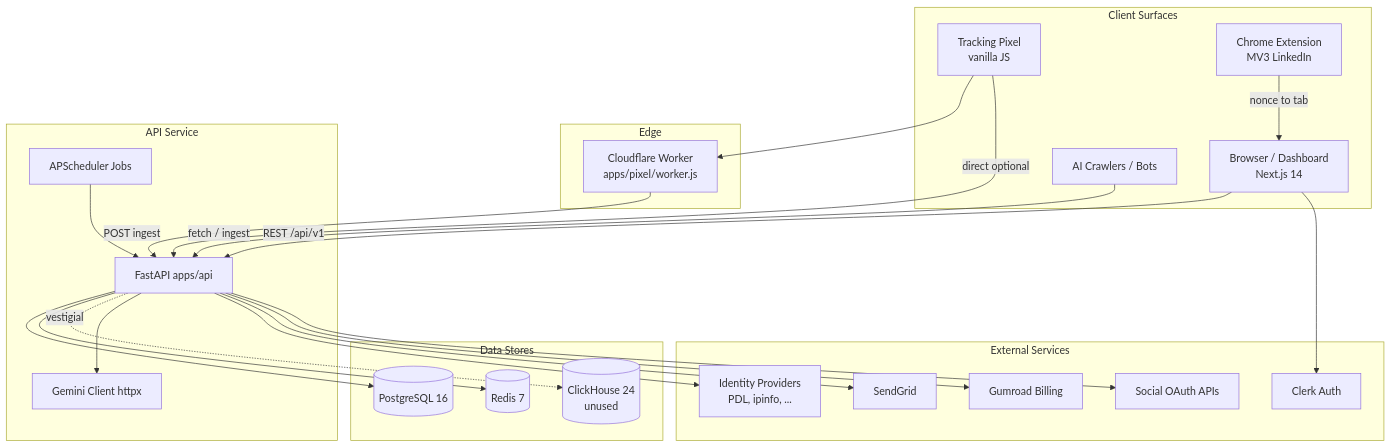
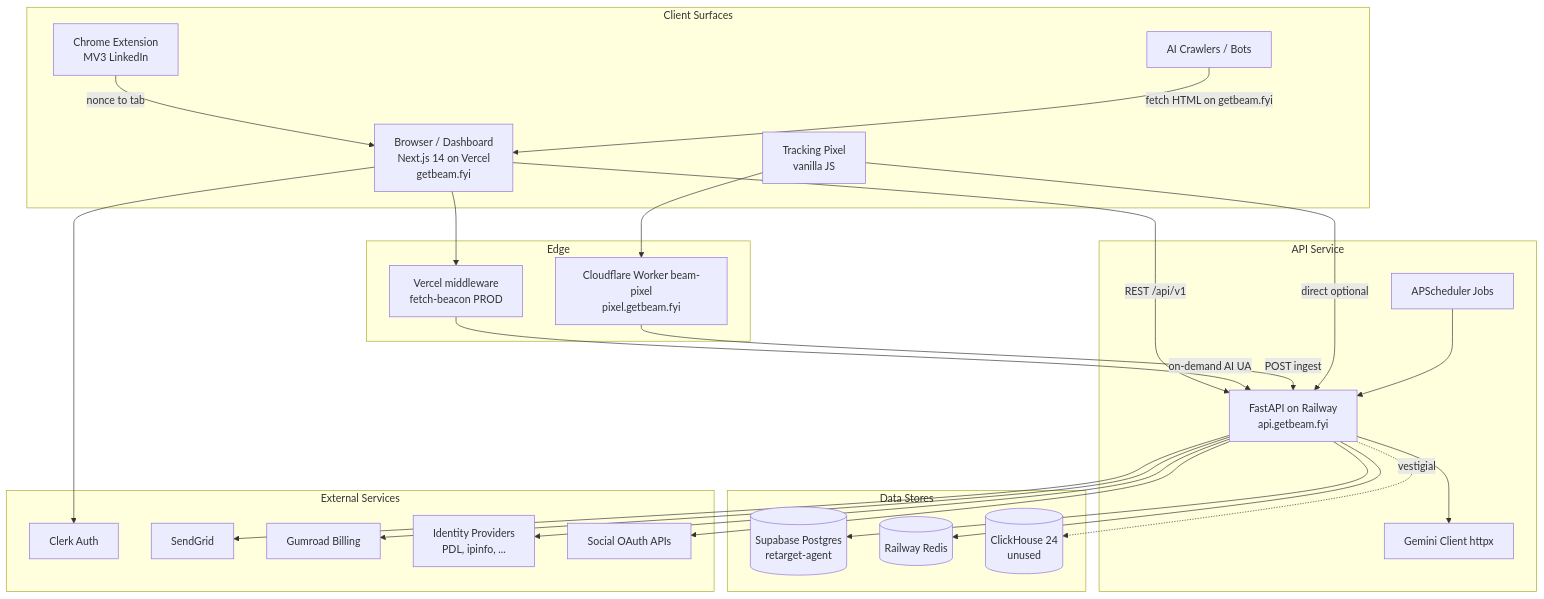
The first of 5 diagrams in docs/system-architecture.md (julleycode/get-beam), drawn with Mermaid before and after one commit. The commit also changed other lines of this file and 9 other files, not shown here.

````diff
--- a/docs/system-architecture.md
+++ b/docs/system-architecture.md
@@ -13,51 +15,54 @@
 ```mermaid
 flowchart TB
   subgraph client [Client Surfaces]
-    WEB[Browser / Dashboard<br/>Next.js 14]
+    WEB[Browser / Dashboard<br/>Next.js 14 on Vercel<br/>getbeam.fyi]
     PIXEL[Tracking Pixel<br/>vanilla JS]
     EXT[Chrome Extension<br/>MV3 LinkedIn]
     AGENTS[AI Crawlers / Bots]
   end
 
   subgraph edge [Edge]
-    CF[Cloudflare Worker<br/>apps/pixel/worker.js]
+    CF[Cloudflare Worker beam-pixel<br/>pixel.getbeam.fyi]
+    VMW[Vercel middleware<br/>fetch-beacon PROD]
   end
 
   subgraph api [API Service]
-    FAST[FastAPI apps/api]
+    FAST[FastAPI on Railway<br/>api.getbeam.fyi]
     SCHED[APScheduler Jobs]
     GEMINI[Gemini Client httpx]
   end
 
   subgraph data [Data Stores]
-    PG[(PostgreSQL 16)]
-    REDIS[(Redis 7)]
+    PG[(Supabase Postgres<br/>retarget-agent)]
+    REDIS[(Railway Redis)]
     CH[(ClickHouse 24<br/>unused)]
   end
 
   subgraph external [External Services]
     CLERK[Clerk Auth]
     SG[SendGrid]
     GUM[Gumroad Billing]
     IDP[Identity Providers<br/>PDL, ipinfo, ...]
     SOCIAL[Social OAuth APIs]
   end
 
   WEB -->|REST /api/v1| FAST
   WEB --> CLERK
+  WEB --> VMW
+  VMW -->|on-demand AI UA| FAST
   PIXEL --> CF
   CF -->|POST ingest| FAST
   PIXEL -->|direct optional| FAST
   EXT -->|nonce to tab| WEB
-  AGENTS -->|fetch / ingest| FAST
+  AGENTS -->|fetch HTML on getbeam.fyi| WEB
 
   FAST --> PG
   FAST --> REDIS
   FAST -.->|vestigial| CH
   FAST --> GEMINI
   FAST --> IDP
   FAST --> SG
   FAST --> GUM
   FAST --> SOCIAL
   SCHED --> FAST
 ```
````
